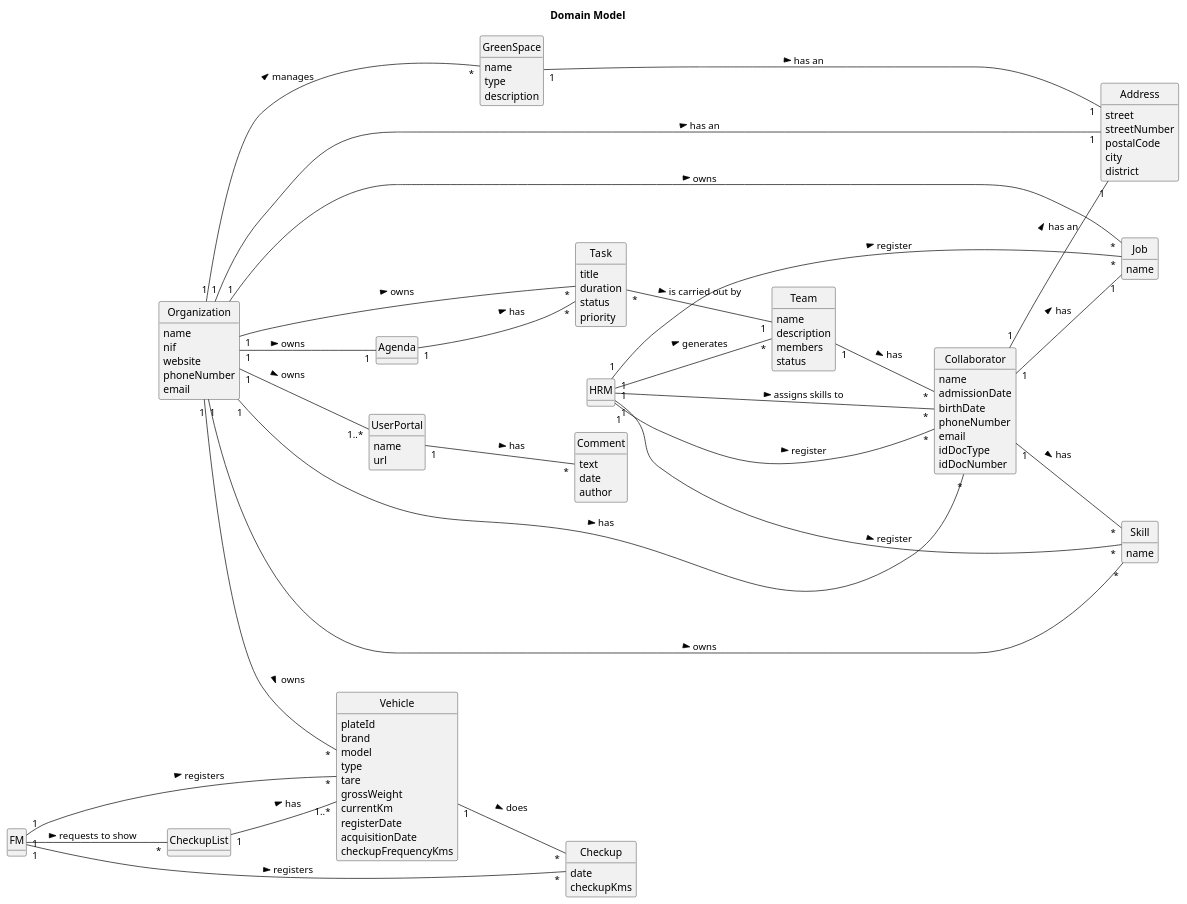
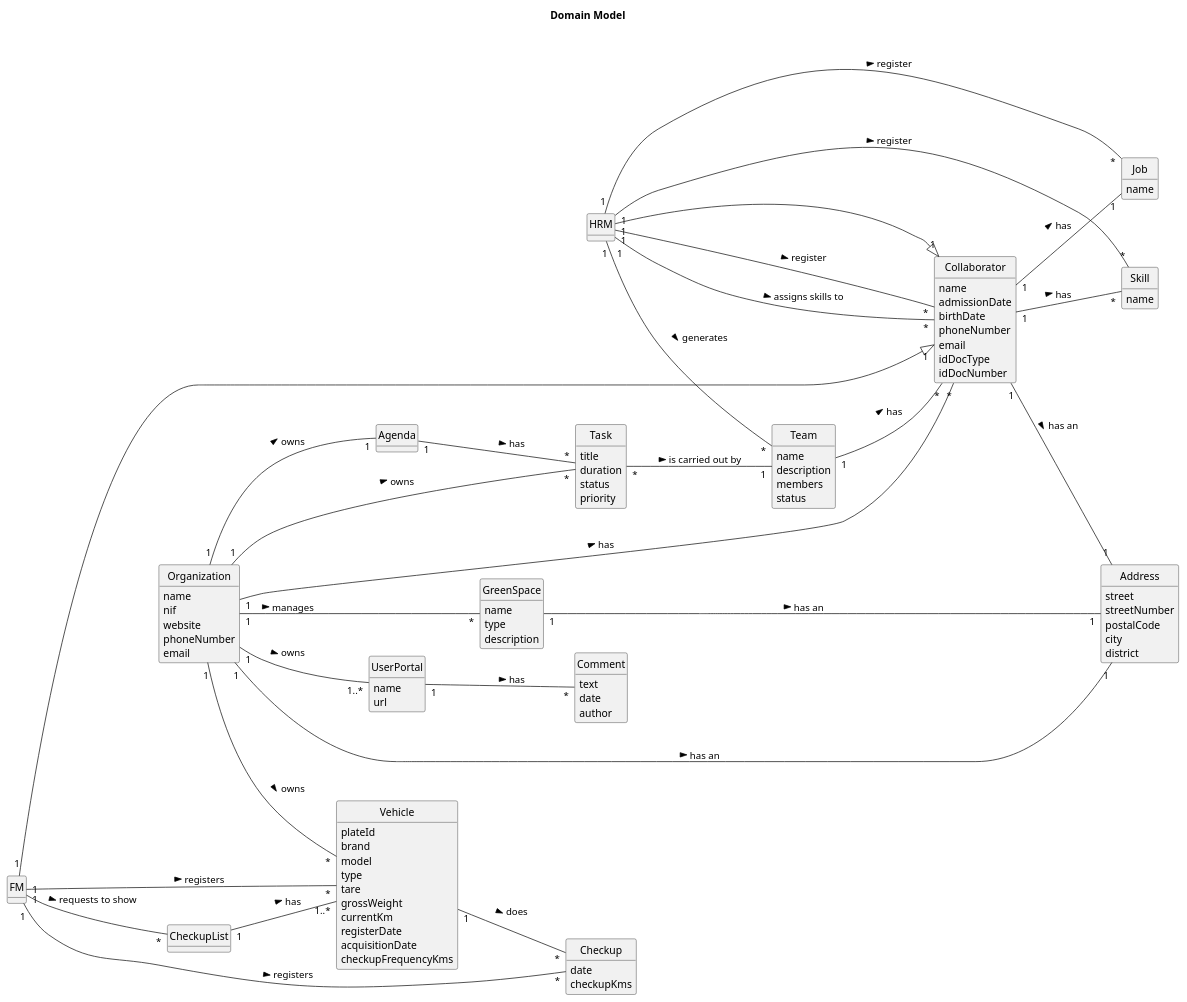
Before and after one commit to Rui-San/LAPR2_2023_2024: the diagram in docs/sprintB/global-artifacts/02.analysis/puml/project-domain-model.puml, drawn with PlantUML. The commit also changed 1 other file, not shown here.

```diff
--- a/docs/sprintB/global-artifacts/02.analysis/puml/project-domain-model.puml
+++ b/docs/sprintB/global-artifacts/02.analysis/puml/project-domain-model.puml
@@ -1,137 +1,139 @@
 @startuml
 skinparam monochrome true
 skinparam packageStyle rectangle
 skinparam shadowing false
 'skinparam linetype ortho
 left to right direction
 skinparam classAttributeIconSize 0
 hide circle
 hide methods
 
 title Domain Model
 
 class Organization {
     name
     nif
     website
     phoneNumber
     email
 }
 
 class Skill{
     name
 
 }
 
 class Collaborator{
     name
     admissionDate
     birthDate
     phoneNumber
     email
     idDocType
     idDocNumber
 }
 
 class Job{
     name
 }
 
 class HRM{
 
 }
 
 class FM{
 
 }
 
 class Team{
     name
     description
     members
     status
 }
 
 class Vehicle{
     plateId
     brand
     model
     type
     tare
     grossWeight
     currentKm
     registerDate
     acquisitionDate
     checkupFrequencyKms
 }
 
 class Checkup{
     date
     checkupKms
 }
 class CheckupList{
 
 }
 
 class GreenSpace{
     name
     type
     description
 }
 
 
 class Address{
     street
     streetNumber
     postalCode
     city
     district
 }
 
 class Task{
     title
     duration
     status
     priority
 }
 
 class UserPortal{
     name
     url
 }
 
 class Comment{
     text
     date
     author
 }
 
 Organization "1" -- "*" Task : "owns >"
 Organization "1" -- "1" Agenda : "owns >"
 Organization "1" -- "1" Address : "has an >"
 Organization "1" -- "1..*" UserPortal : "owns >"
 Organization "1" -- "*" GreenSpace : "manages >"
-Organization "1" -- "*" Skill : "owns >"
-Organization "1" -- "*" Job : "owns >"
+'Organization "1" -- "*" Skill : "owns >"
+'Organization "1" -- "*" Job : "owns >"
 Organization "1" -- "*" Collaborator : "has >"
 Organization "1" -- "*" Vehicle : "owns >"
 Collaborator "1" -- "*" Skill : "has >"
 Collaborator "1" -- "1" Address : "has an >"
 Collaborator "1" -- "1" Job : "has >"
 HRM "1" -- "*" Skill : "register >"
 HRM "1" -- "*" Job : "register >"
+HRM "1" --|> "1" Collaborator
 HRM "1" -- "*" Collaborator : "register >"
 HRM "1" -- "*" Collaborator : "assigns skills to >"
 HRM "1" -- "*" Team : "generates >"
+FM "1" --|> "1" Collaborator
 FM "1" -- "*" Vehicle : "registers >"
 FM "1" -- "*" Checkup : "registers >"
 UserPortal "1" -- "*" Comment : "has >"
 Agenda "1" -- "*" Task : "has >"
 Task "*" -- "1" Team : "is carried out by >"
 GreenSpace "1" -- "1" Address : "has an >"
 Team "1" -- "*" Collaborator : "has >"
 Vehicle "1" -- "*" Checkup : "does >"
 CheckupList "1" -- "1..*" Vehicle : "has >"
 FM "1" -- "*" CheckupList : "requests to show >"
 
 @enduml
```
